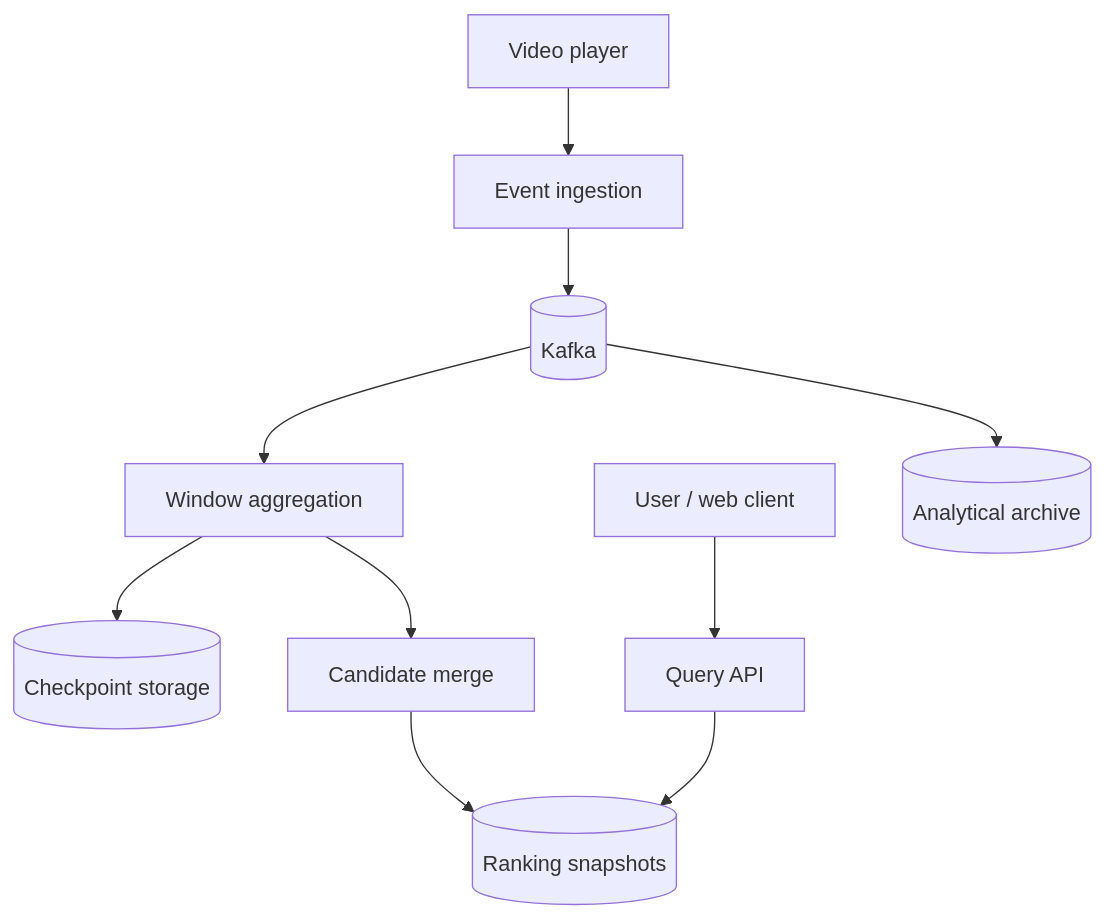
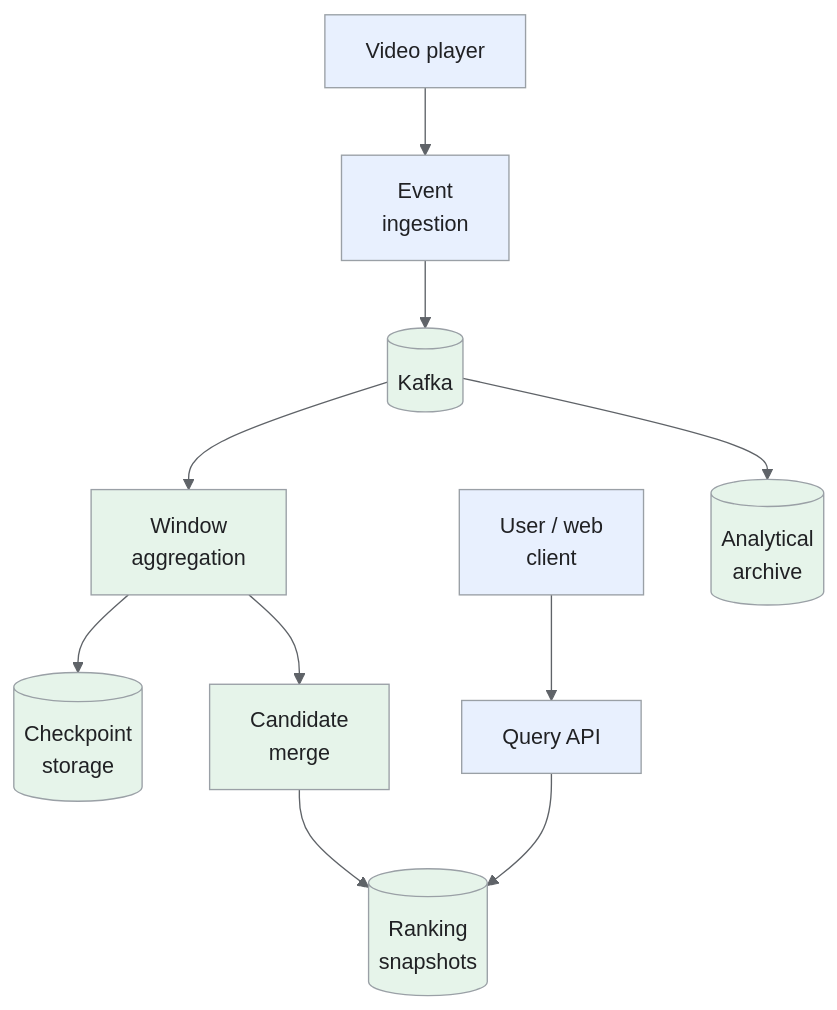
Before and after one commit to iliazlobin/iliazlobin.github.io: the first of 5 diagrams in _designs/system-design-top-k.md, drawn with Mermaid. The commit also changed other lines of this file and 131 other files, not shown here.

````diff
--- a/_designs/system-design-top-k.md
+++ b/_designs/system-design-top-k.md
@@ -122,12 +137,19 @@
 ```mermaid
+%%{init: {"theme":"base","themeVariables":{"primaryColor":"#e8f0fe","primaryBorderColor":"#9aa0a6","primaryTextColor":"#202124","secondaryColor":"#e6f4ea","tertiaryColor":"#fef7e0","lineColor":"#5f6368","actorBkg":"#e8f0fe","actorBorder":"#9aa0a6","actorTextColor":"#202124","noteBkgColor":"#fef7e0","noteBorderColor":"#9aa0a6","noteTextColor":"#202124","signalColor":"#5f6368","signalTextColor":"#202124"}}}%%
 flowchart TB
-  P["Video player"] --> I["Event ingestion"]
+  P["Video player"] --> I["Event<br>ingestion"]
   I --> K[("Kafka")]
-  K --> A["Window aggregation"]
-  A --> S[("Checkpoint storage")]
-  A --> M["Candidate merge"]
-  M --> R[("Ranking snapshots")]
-  U["User / web client"] --> Q["Query API"]
+  K --> A["Window<br>aggregation"]
+  A --> S[("Checkpoint<br>storage")]
+  A --> M["Candidate<br>merge"]
+  M --> R[("Ranking<br>snapshots")]
+  U["User / web<br>client"] --> Q["Query API"]
   Q --> R
-  K --> O[("Analytical archive")]
+  K --> O[("Analytical<br>archive")]
+classDef request fill:#e8f0fe,stroke:#9aa0a6,color:#202124;
+classDef data fill:#e6f4ea,stroke:#9aa0a6,color:#202124;
+classDef control fill:#fef7e0,stroke:#9aa0a6,color:#202124;
+class P,I,U,Q request;
+class K,A,S,M,R,O data;
+
 ```
````
